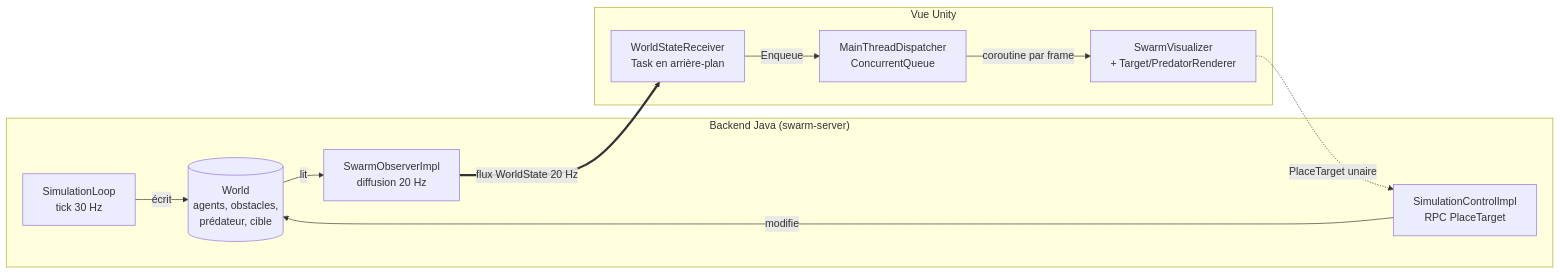
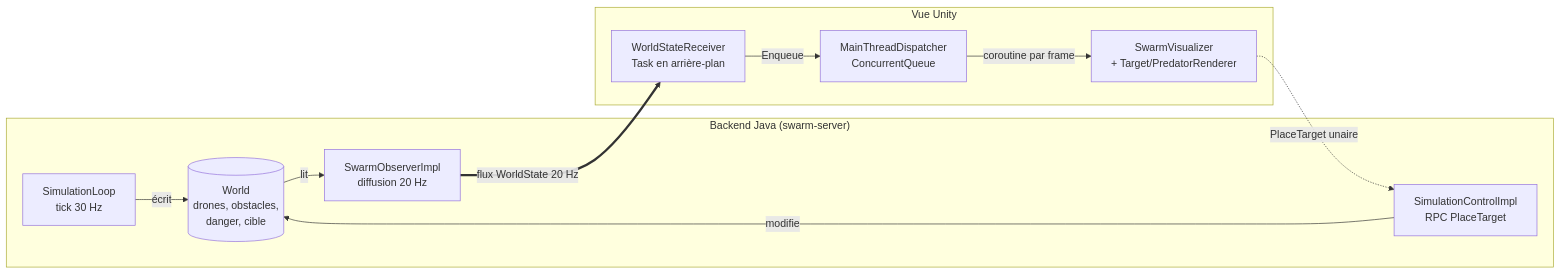
The diagram in README.fr.md (gakkel-labs/swarm-simulator), drawn with Mermaid before and after one commit. The commit also changed other lines of this file and 8 other files, not shown here.

````diff
--- a/README.fr.md
+++ b/README.fr.md
@@ -151,23 +155,23 @@
 ```mermaid
 flowchart LR
     subgraph Backend["Backend Java (swarm-server)"]
         SIM[SimulationLoop<br/>tick 30 Hz]
-        WORLD[(World<br/>agents, obstacles,<br/>prédateur, cible)]
+        WORLD[(World<br/>drones, obstacles,<br/>danger, cible)]
         BCAST[SwarmObserverImpl<br/>diffusion 20 Hz]
         CTRL[SimulationControlImpl<br/>RPC PlaceTarget]
         SIM -->|écrit| WORLD
         WORLD -->|lit| BCAST
         CTRL -->|modifie| WORLD
     end
 
     subgraph Unity["Vue Unity"]
         RECV[WorldStateReceiver<br/>Task en arrière-plan]
         DISP[MainThreadDispatcher<br/>ConcurrentQueue]
         VIZ[SwarmVisualizer<br/>+ Target/PredatorRenderer]
         RECV -->|Enqueue| DISP
         DISP -->|coroutine par frame| VIZ
     end
 
     BCAST ==>|flux WorldState 20 Hz| RECV
     VIZ -.->|PlaceTarget unaire| CTRL
 ```
````
